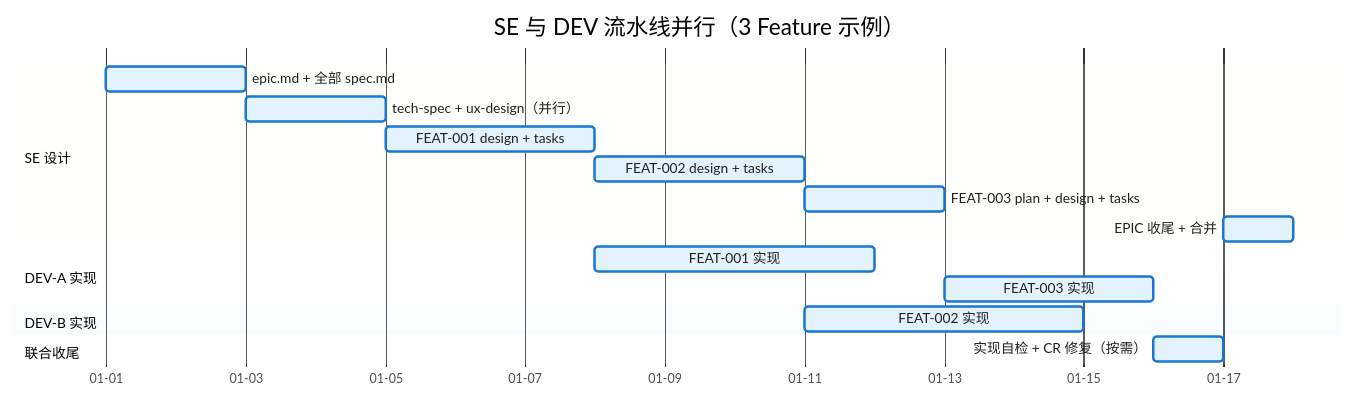
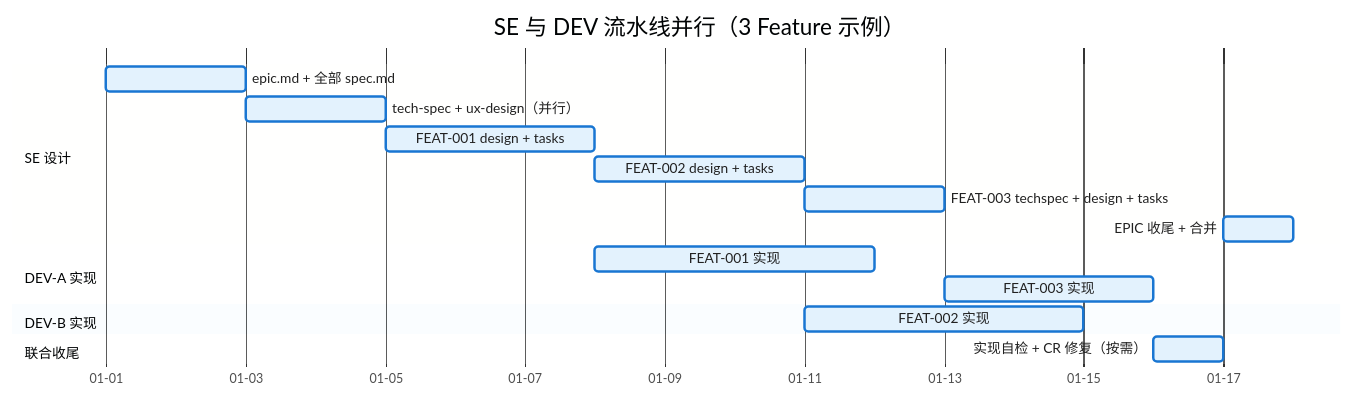
The sixth of 8 diagrams in docs/aisdd/workflow-overview.md (jackykarma/Verity), drawn with Mermaid before and after one commit. The commit also changed other lines of this file and 206 other files, not shown here.

First line of the commit message:
feat ✨(EPIC-005): Web 图片解析工作台与 AISDD 工作流收尾

````diff
--- a/docs/aisdd/workflow-overview.md
+++ b/docs/aisdd/workflow-overview.md
@@ -322,25 +322,25 @@
 ```mermaid
 %%{init: {'theme': 'base', 'themeVariables': { 'primaryColor': '#E3F2FD', 'primaryTextColor': '#212121', 'primaryBorderColor': '#1976D2', 'lineColor': '#546E7A'}}}%%
 gantt
     title SE 与 DEV 流水线并行（3 Feature 示例）
     dateFormat  YYYY-MM-DD
     axisFormat  %m-%d
 
     section SE 设计
     epic.md + 全部 spec.md           :se1, 2026-01-01, 2d
     tech-spec + ux-design（并行）    :se2, after se1, 2d
     FEAT-001 design + tasks   :se3, after se2, 3d
     FEAT-002 design + tasks   :se4, after se3, 3d
-    FEAT-003 plan + design + tasks   :se5, after se4, 2d
+    FEAT-003 techspec + design + tasks   :se5, after se4, 2d
     EPIC 收尾 + 合并                  :se6, after dev3, 1d
 
     section DEV-A 实现
     FEAT-001 实现                     :dev1, after se3, 4d
     FEAT-003 实现                     :dev1b, after se5, 3d
 
     section DEV-B 实现
     FEAT-002 实现                     :dev2, after se4, 4d
 
     section 联合收尾
     实现自检 + CR 修复（按需）        :dev3, after dev1b, 1d
 ```
````
